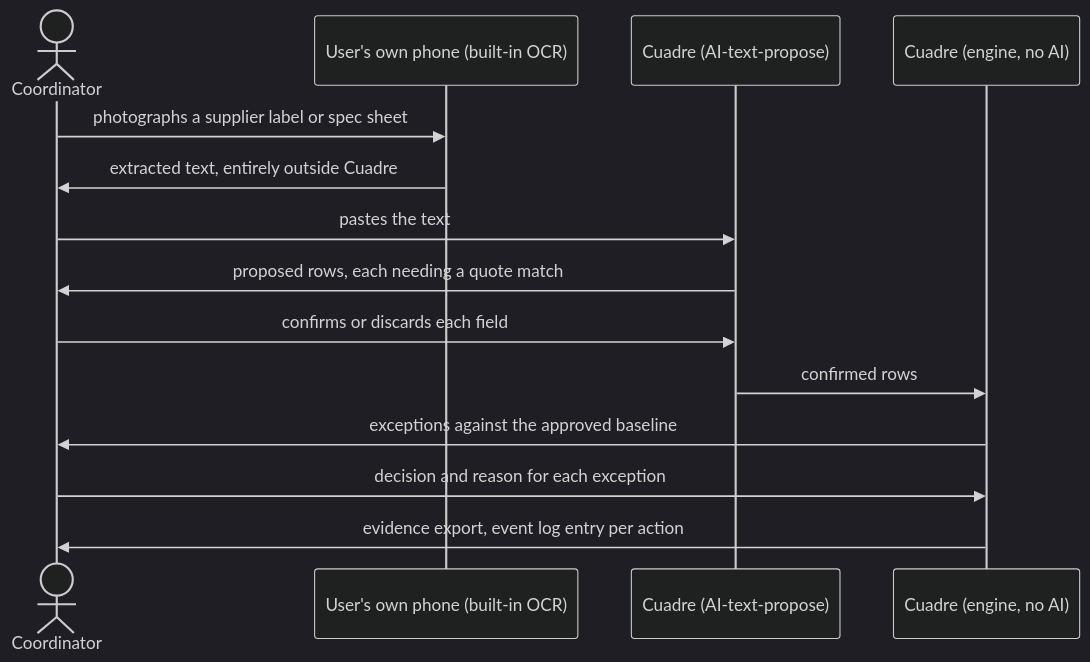
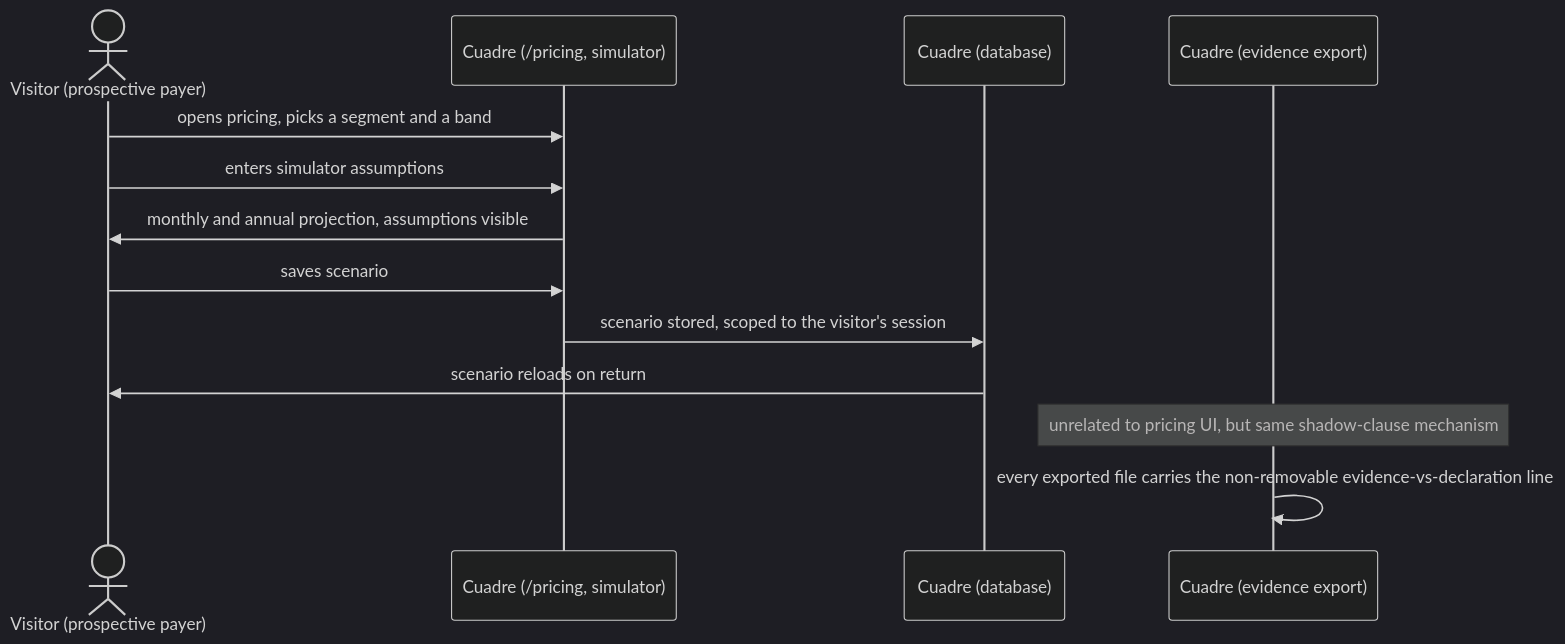
The second of 2 diagrams in docs/PACKET.md (emiliogomezbuilds/cuadre), drawn with Mermaid (dark theme) before and after one commit. The commit also changed other lines of this file and 2 other files, not shown here.

Commit message:
Week 14 packet: pricing honestly scoped to a tested per-cycle anchor, declared-value bands, two segments

````diff
--- a/docs/PACKET.md
+++ b/docs/PACKET.md
@@ -57,16 +54,15 @@
 ```mermaid
 sequenceDiagram
-  actor U as Coordinator
-  participant P as User's own phone (built-in OCR)
-  participant C as Cuadre (AI-text-propose)
-  participant E as Cuadre (engine, no AI)
-  U->>P: photographs a supplier label or spec sheet
-  P->>U: extracted text, entirely outside Cuadre
-  U->>C: pastes the text
-  C->>U: proposed rows, each needing a quote match
-  U->>C: confirms or discards each field
-  C->>E: confirmed rows
-  E->>U: exceptions against the approved baseline
-  U->>E: decision and reason for each exception
-  E->>U: evidence export, event log entry per action
+  actor V as Visitor (prospective payer)
+  participant P as Cuadre (/pricing, simulator)
+  participant D as Cuadre (database)
+  participant E as Cuadre (evidence export)
+  V->>P: opens pricing, picks a segment and a band
+  V->>P: enters simulator assumptions
+  P->>V: monthly and annual projection, assumptions visible
+  V->>P: saves scenario
+  P->>D: scenario stored, scoped to the visitor's session
+  D->>V: scenario reloads on return
+  Note over E: unrelated to pricing UI, but same shadow-clause mechanism
+  E->>E: every exported file carries the non-removable evidence-vs-declaration line
 ```
````
